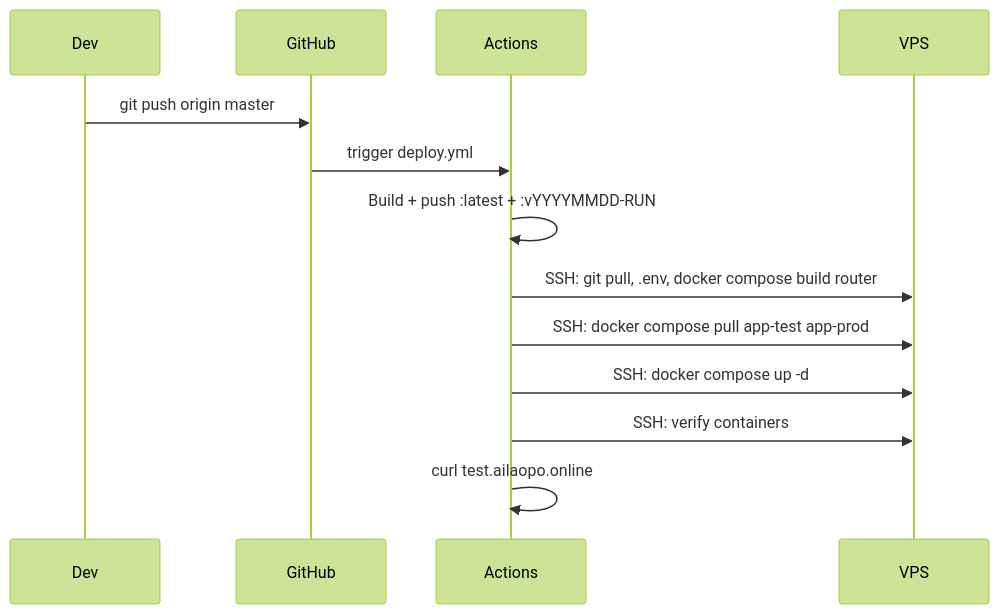
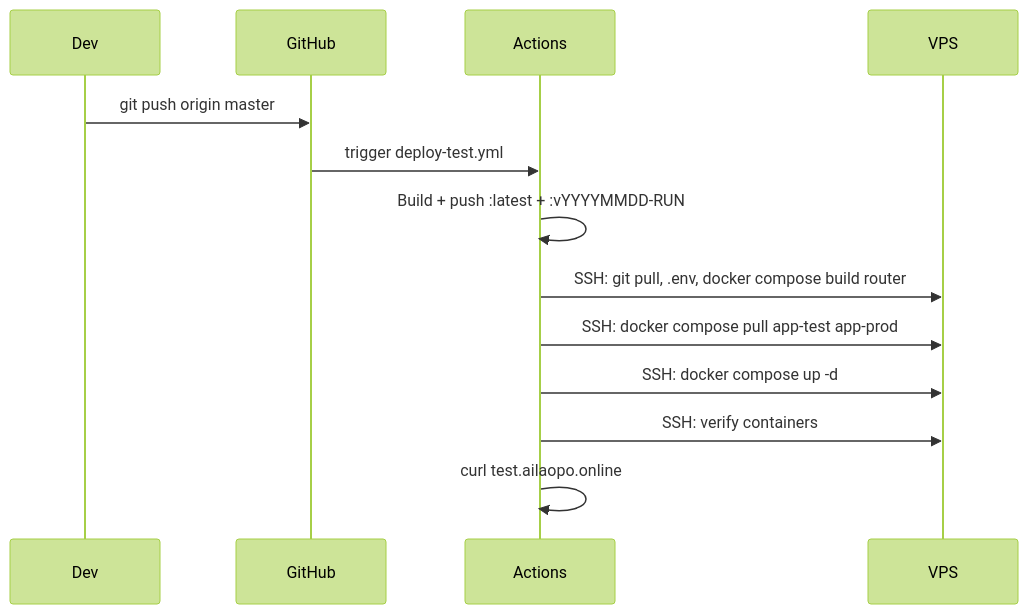
The diagram in docs/deployment-architecture.md (BrodyZhang/pier), drawn with Mermaid (forest theme) before and after one commit. The commit also changed other lines of this file and 11 other files, not shown here.

Commit message:
feat: resend code 60s cooldown, test/prod email, deploy.yml→deploy-test.yml, nav profile link, plan-first workflow

````diff
--- a/docs/deployment-architecture.md
+++ b/docs/deployment-architecture.md
@@ -230,11 +230,11 @@
 ```mermaid
 sequenceDiagram
   Dev->>GitHub: git push origin master
-  GitHub->>Actions: trigger deploy.yml
+  GitHub->>Actions: trigger deploy-test.yml
   Actions->>Actions: Build + push :latest + :vYYYYMMDD-RUN
   Actions->>VPS: SSH: git pull, .env, docker compose build router
   Actions->>VPS: SSH: docker compose pull app-test app-prod
   Actions->>VPS: SSH: docker compose up -d
   Actions->>VPS: SSH: verify containers
   Actions->>Actions: curl test.ailaopo.online
 ```
````
